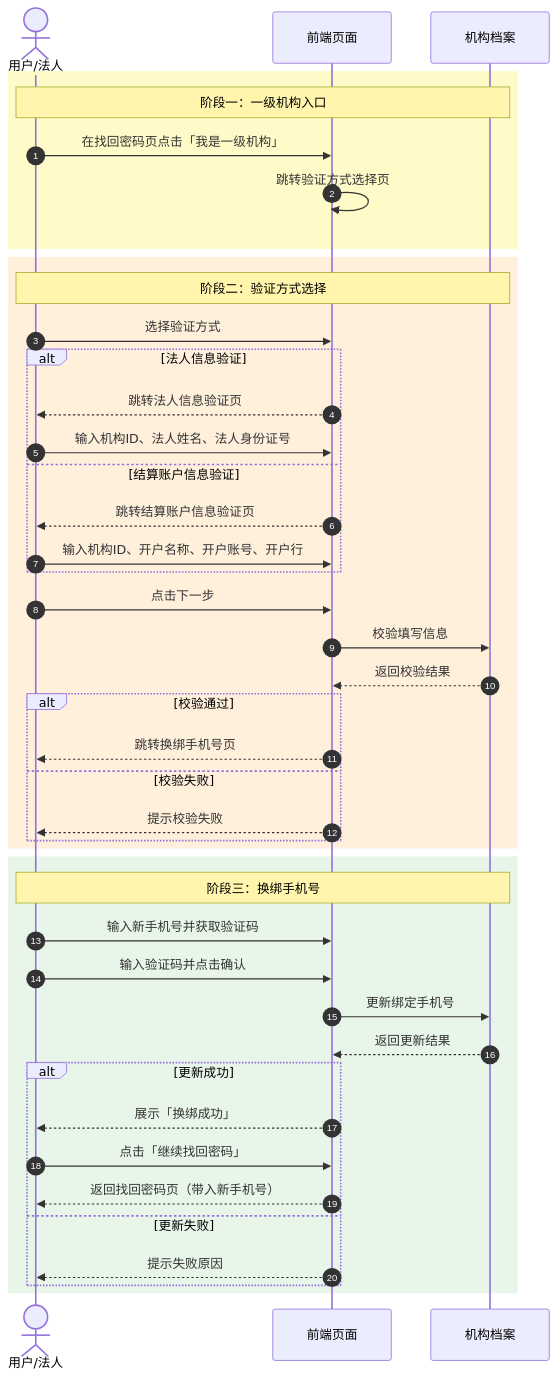
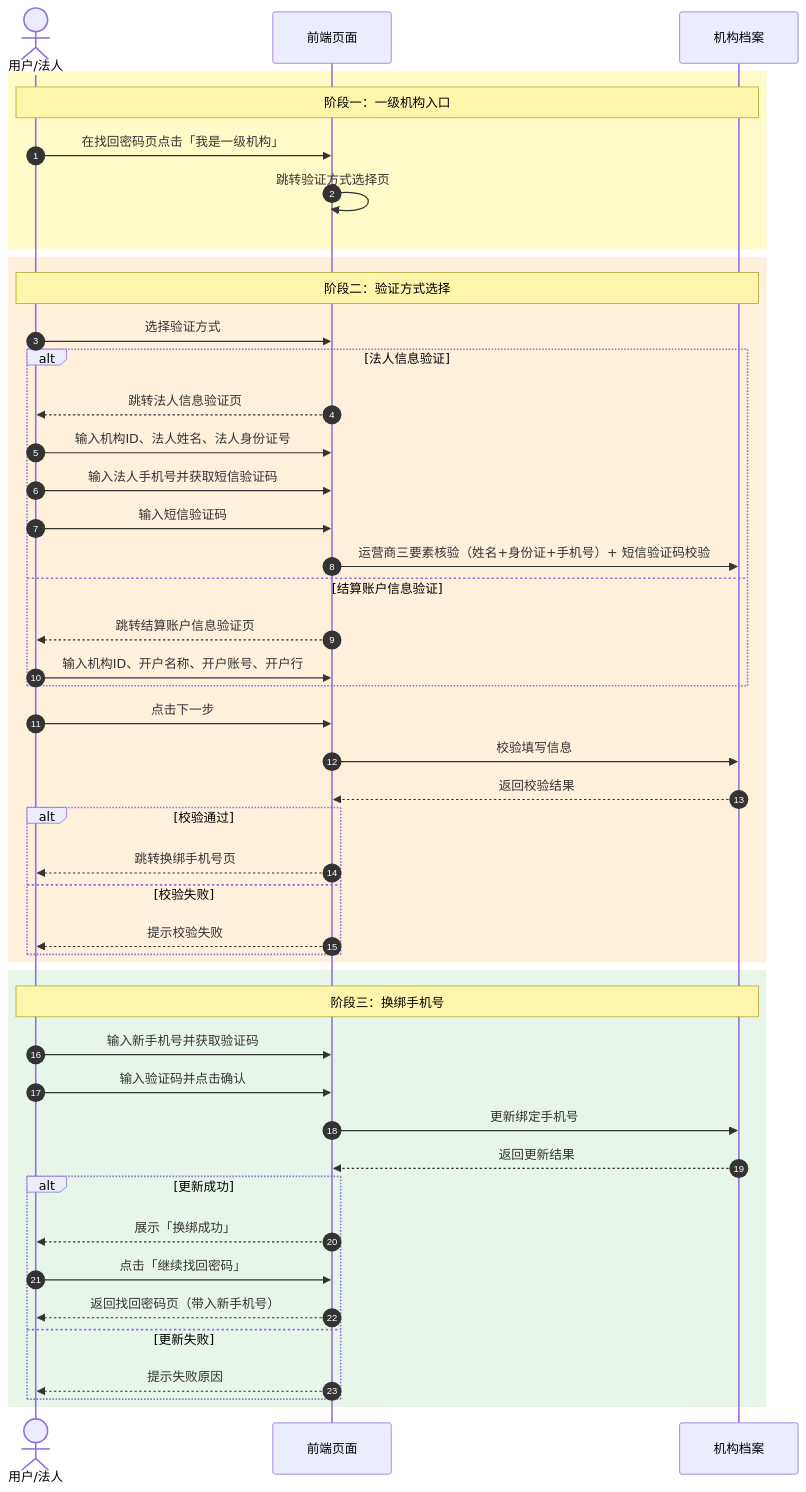
One commit to Gaohailinga/org-phone-recovery-prototype changed the first of 2 diagrams in PRD.md. Above: the diagram before and after it, drawn with Mermaid. The commit also changed other lines of this file and 5 other files, not shown here.

````diff
--- a/PRD.md
+++ b/PRD.md
@@ -58,48 +58,51 @@
 ```mermaid
 sequenceDiagram
     autonumber
     actor U as 用户/法人
     participant FE as 前端页面
     participant AS as 机构档案
 
     rect rgb(255, 251, 200)
         Note over U,AS: 阶段一：一级机构入口
         U->>FE: 在找回密码页点击「我是一级机构」
         FE->>FE: 跳转验证方式选择页
     end
 
     rect rgb(255, 240, 220)
         Note over U,AS: 阶段二：验证方式选择
         U->>FE: 选择验证方式
         alt 法人信息验证
             FE-->>U: 跳转法人信息验证页
             U->>FE: 输入机构ID、法人姓名、法人身份证号
+            U->>FE: 输入法人手机号并获取短信验证码
+            U->>FE: 输入短信验证码
+            FE->>AS: 运营商三要素核验（姓名+身份证+手机号）+ 短信验证码校验
         else 结算账户信息验证
             FE-->>U: 跳转结算账户信息验证页
             U->>FE: 输入机构ID、开户名称、开户账号、开户行
         end
         U->>FE: 点击下一步
         FE->>AS: 校验填写信息
         AS-->>FE: 返回校验结果
         alt 校验通过
             FE-->>U: 跳转换绑手机号页
         else 校验失败
             FE-->>U: 提示校验失败
         end
     end
 
     rect rgb(232, 245, 233)
         Note over U,AS: 阶段三：换绑手机号
         U->>FE: 输入新手机号并获取验证码
         U->>FE: 输入验证码并点击确认
         FE->>AS: 更新绑定手机号
         AS-->>FE: 返回更新结果
         alt 更新成功
             FE-->>U: 展示「换绑成功」
             U->>FE: 点击「继续找回密码」
             FE-->>U: 返回找回密码页（带入新手机号）
         else 更新失败
             FE-->>U: 提示失败原因
         end
     end
 ```
````
